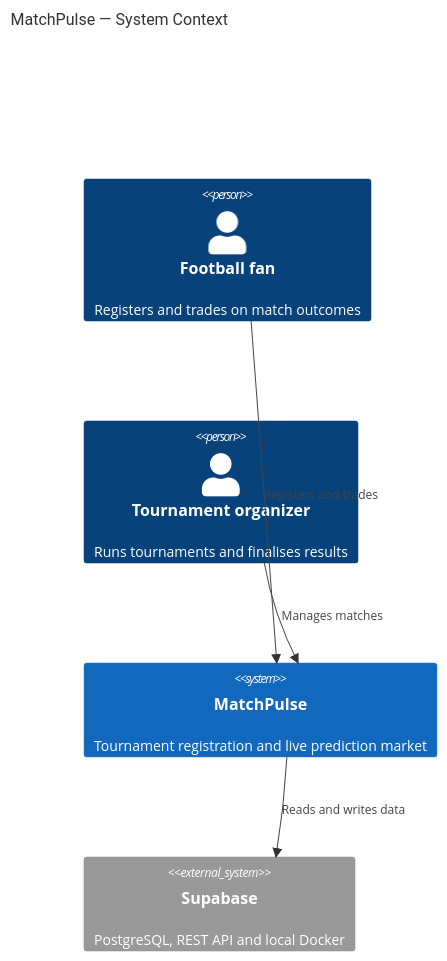
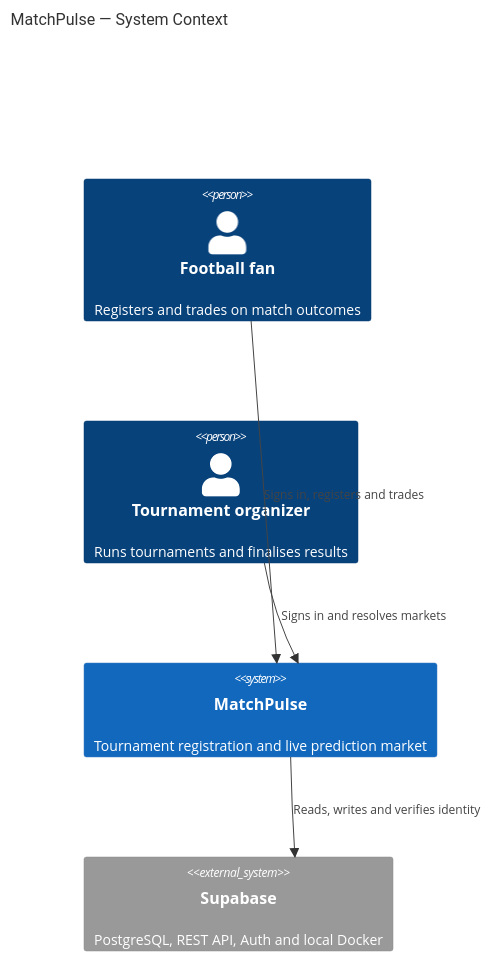
Before and after one commit to match-pulse/match-pulse: the first of 3 diagrams in docs/architecture/05-c4-diagrams.md, drawn with Mermaid. The commit also changed other lines of this file and 49 other files, not shown here.

````diff
--- a/docs/architecture/05-c4-diagrams.md
+++ b/docs/architecture/05-c4-diagrams.md
@@ -12,17 +12,17 @@
 ```mermaid
 C4Context
   title MatchPulse — System Context
 
   Person(fan, "Football fan", "Registers and trades on match outcomes")
   Person(organizer, "Tournament organizer", "Runs tournaments and finalises results")
 
   System(matchpulse, "MatchPulse", "Tournament registration and live prediction market")
 
-  System_Ext(supabase, "Supabase", "PostgreSQL, REST API and local Docker")
+  System_Ext(supabase, "Supabase", "PostgreSQL, REST API, Auth and local Docker")
 
-  Rel(fan, matchpulse, "Registers and trades")
-  Rel(organizer, matchpulse, "Manages matches")
-  Rel(matchpulse, supabase, "Reads and writes data")
+  Rel(fan, matchpulse, "Signs in, registers and trades")
+  Rel(organizer, matchpulse, "Signs in and resolves markets")
+  Rel(matchpulse, supabase, "Reads, writes and verifies identity")
 
   UpdateLayoutConfig($c4ShapeInRow="3", $c4BoundaryInRow="1")
 ```
````
